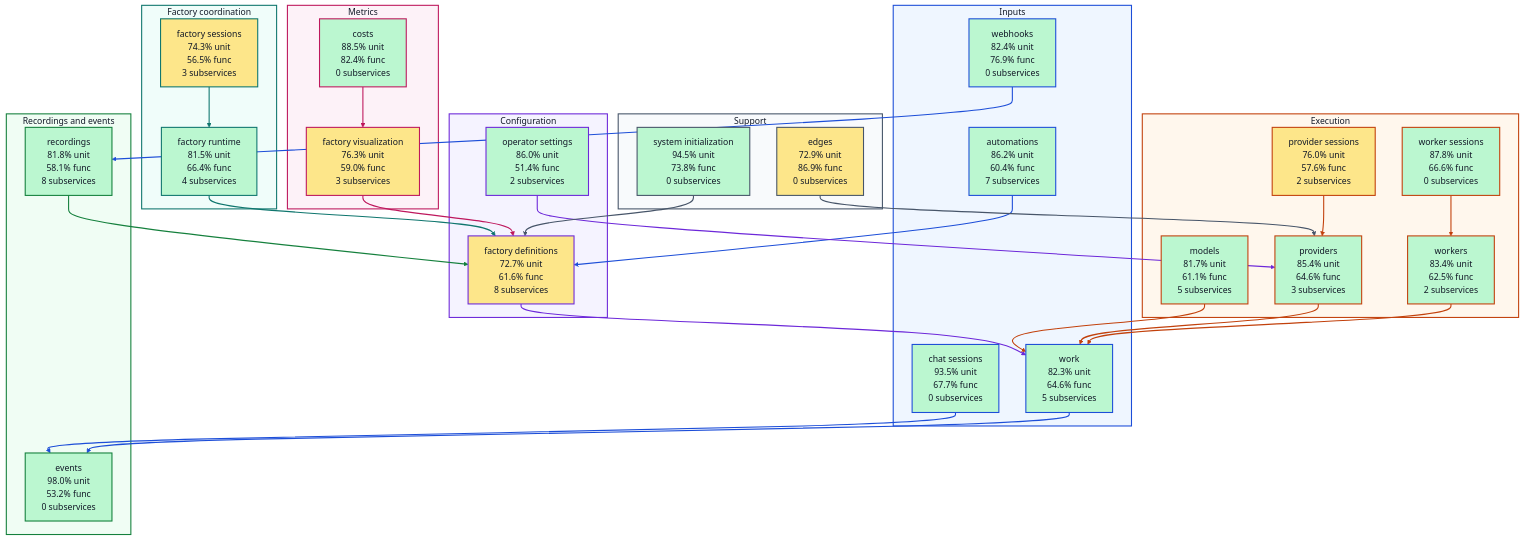
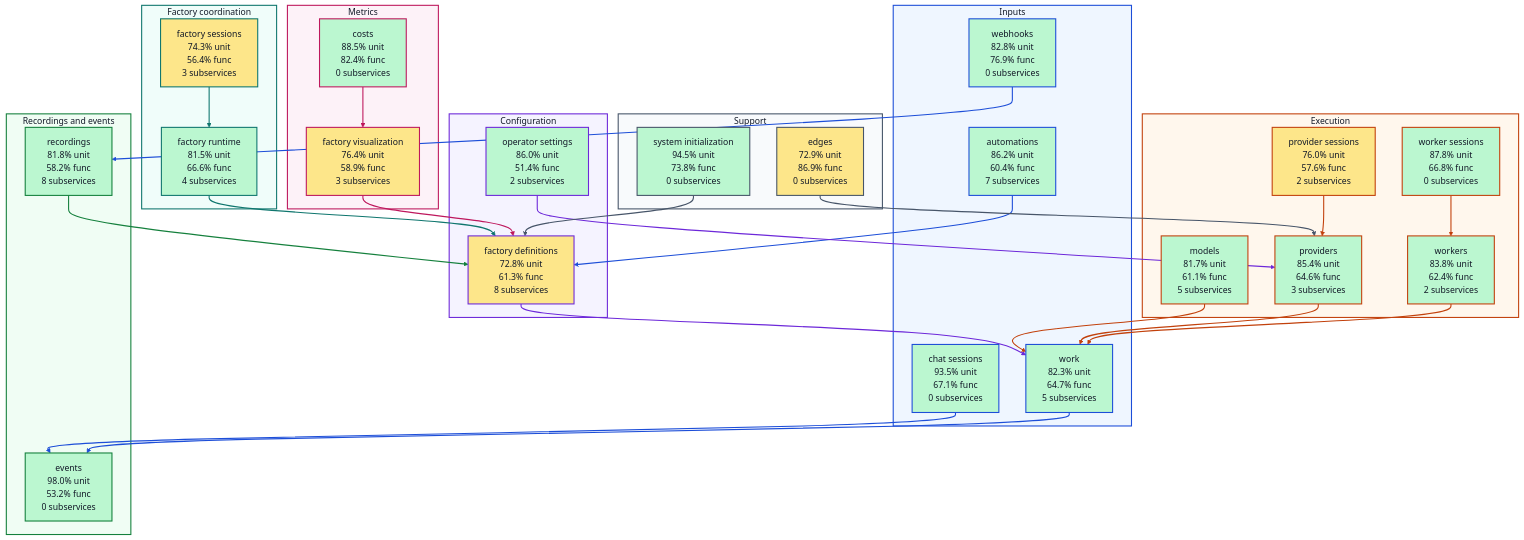
Before and after one commit to portpowered/you-agent-factory: the diagram in docs/architecture/visualizations/high-level-test-coverage.md, drawn with Mermaid (base theme). The commit also changed other lines of this file and 20 other files, not shown here.

Commit message:
docs: refresh backend architecture visualizations

```diff
--- a/docs/architecture/visualizations/high-level-test-coverage.md
+++ b/docs/architecture/visualizations/high-level-test-coverage.md
@@ -12,32 +12,32 @@
 flowchart TB
   subgraph input["Inputs"]
     s_services_automations["automations<br/>86.2% unit<br/>60.4% func<br/>7 subservices"]
-    s_services_chat_sessions["chat sessions<br/>93.5% unit<br/>67.7% func<br/>0 subservices"]
-    s_services_webhooks["webhooks<br/>82.4% unit<br/>76.9% func<br/>0 subservices"]
-    s_services_work["work<br/>82.3% unit<br/>64.6% func<br/>5 subservices"]
+    s_services_chat_sessions["chat sessions<br/>93.5% unit<br/>67.1% func<br/>0 subservices"]
+    s_services_webhooks["webhooks<br/>82.8% unit<br/>76.9% func<br/>0 subservices"]
+    s_services_work["work<br/>82.3% unit<br/>64.7% func<br/>5 subservices"]
   end
   subgraph configuration["Configuration"]
-    s_services_factory_definitions["factory definitions<br/>72.7% unit<br/>61.6% func<br/>8 subservices"]
+    s_services_factory_definitions["factory definitions<br/>72.8% unit<br/>61.3% func<br/>8 subservices"]
     s_services_operator_settings["operator settings<br/>86.0% unit<br/>51.4% func<br/>2 subservices"]
   end
   subgraph coordination["Factory coordination"]
-    s_services_factory_runtime["factory runtime<br/>81.5% unit<br/>66.4% func<br/>4 subservices"]
-    s_services_factory_sessions["factory sessions<br/>74.3% unit<br/>56.5% func<br/>3 subservices"]
+    s_services_factory_runtime["factory runtime<br/>81.5% unit<br/>66.6% func<br/>4 subservices"]
+    s_services_factory_sessions["factory sessions<br/>74.3% unit<br/>56.4% func<br/>3 subservices"]
   end
   subgraph execution["Execution"]
     s_services_models["models<br/>81.7% unit<br/>61.1% func<br/>5 subservices"]
     s_services_provider_sessions["provider sessions<br/>76.0% unit<br/>57.6% func<br/>2 subservices"]
     s_services_providers["providers<br/>85.4% unit<br/>64.6% func<br/>3 subservices"]
-    s_services_worker_sessions["worker sessions<br/>87.8% unit<br/>66.6% func<br/>0 subservices"]
-    s_services_workers["workers<br/>83.4% unit<br/>62.5% func<br/>2 subservices"]
+    s_services_worker_sessions["worker sessions<br/>87.8% unit<br/>66.8% func<br/>0 subservices"]
+    s_services_workers["workers<br/>83.8% unit<br/>62.4% func<br/>2 subservices"]
   end
   subgraph recordings["Recordings and events"]
     s_services_events["events<br/>98.0% unit<br/>53.2% func<br/>0 subservices"]
-    s_services_recordings["recordings<br/>81.8% unit<br/>58.1% func<br/>8 subservices"]
+    s_services_recordings["recordings<br/>81.8% unit<br/>58.2% func<br/>8 subservices"]
   end
   subgraph metrics["Metrics"]
     s_services_costs["costs<br/>88.5% unit<br/>82.4% func<br/>0 subservices"]
-    s_services_factory_visualization["factory visualization<br/>76.3% unit<br/>59.0% func<br/>3 subservices"]
+    s_services_factory_visualization["factory visualization<br/>76.4% unit<br/>58.9% func<br/>3 subservices"]
   end
   subgraph support["Support"]
     s_services_edges["edges<br/>72.9% unit<br/>86.9% func<br/>0 subservices"]
```
